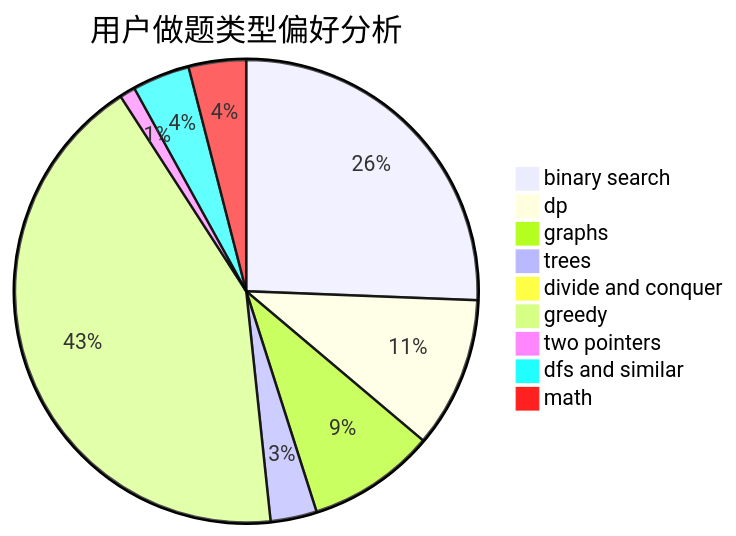
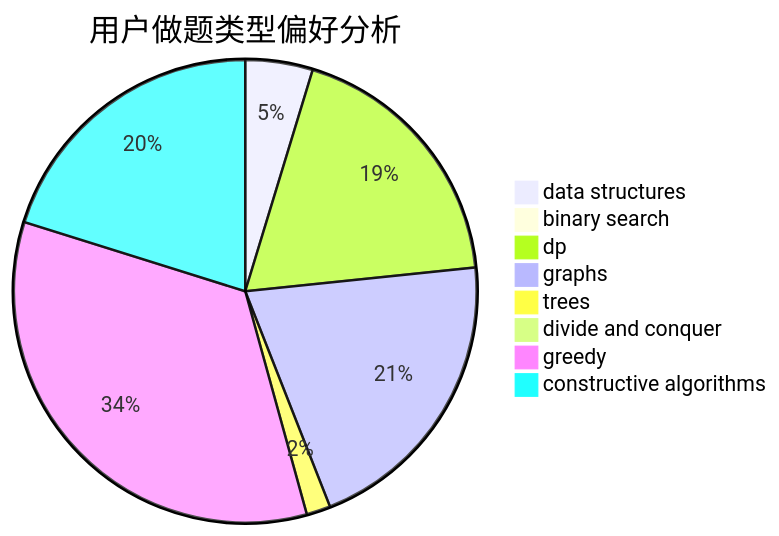
One commit to sherpahu/cfrs.github.io changed the second of 3 diagrams in docs/user/u1933.md. Above: the diagram before and after it, drawn with Mermaid. The commit also changed other lines of this file and 2775 other files, not shown here.

````diff
--- a/docs/user/u1933.md
+++ b/docs/user/u1933.md
@@ -23,12 +23,11 @@
 ```mermaid
 pie title 用户做题类型偏好分析
-    "binary search" :  396
-    "dp" :  163
-    "graphs" :  138
-    "trees" :  50
+    "data structures" :  28
+    "binary search" :  2
+    "dp" :  111
+    "graphs" :  123
+    "trees" :  10
     "divide and conquer" :  0
-    "greedy" :  658
-    "two pointers" :  17
-    "dfs and similar" :  62
-    "math" :  62
+    "greedy" :  203
+    "constructive algorithms" :  120
 ```
````
